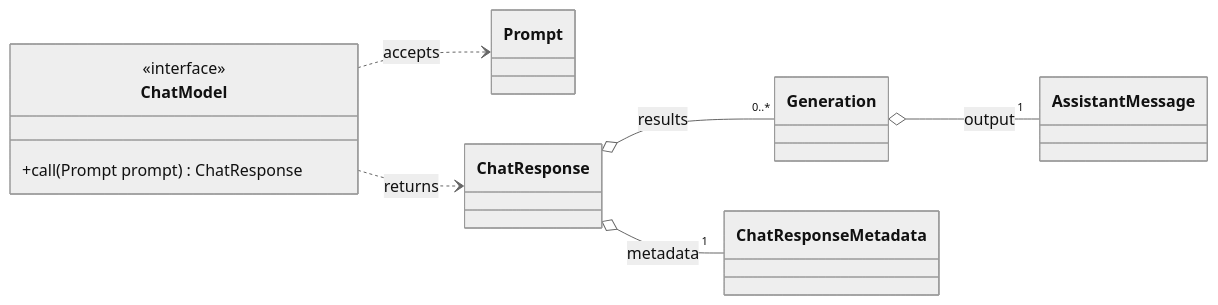
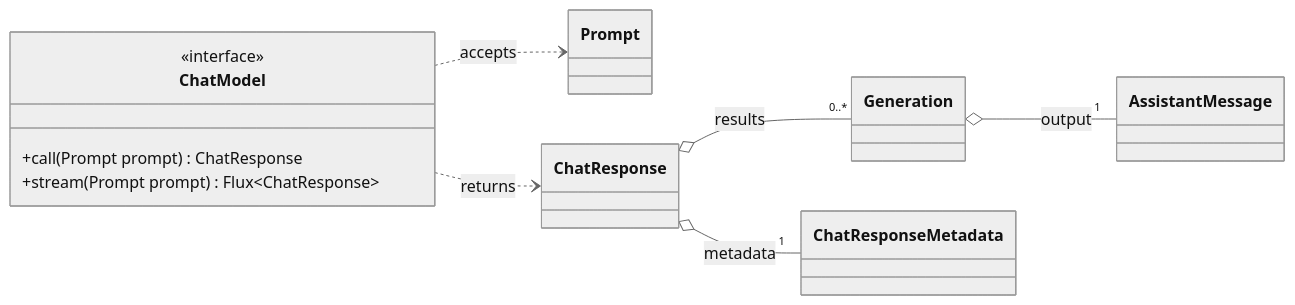
Before and after one commit to tranhoaithuong14/spring-ai: the eighth of 13 diagrams in study-notes/spring-ai-architecture/chat-model/01-architectural-motivation.md, drawn with Mermaid (neutral theme). The commit also changed other lines of this file, not shown here.

````diff
--- a/study-notes/spring-ai-architecture/chat-model/01-architectural-motivation.md
+++ b/study-notes/spring-ai-architecture/chat-model/01-architectural-motivation.md
@@ -1020,20 +1020,21 @@
 ```mermaid
 classDiagram
     direction LR
 
     class Prompt
     class ChatModel {
         <<interface>>
         +call(Prompt prompt) ChatResponse
+        +stream(Prompt prompt) Flux~ChatResponse~
     }
     class ChatResponse
     class Generation
     class AssistantMessage
     class ChatResponseMetadata
 
     ChatModel ..> Prompt : accepts
     ChatModel ..> ChatResponse : returns
     ChatResponse o-- "0..*" Generation : results
     ChatResponse o-- "1" ChatResponseMetadata : metadata
     Generation o-- "1" AssistantMessage : output
 ```
````
